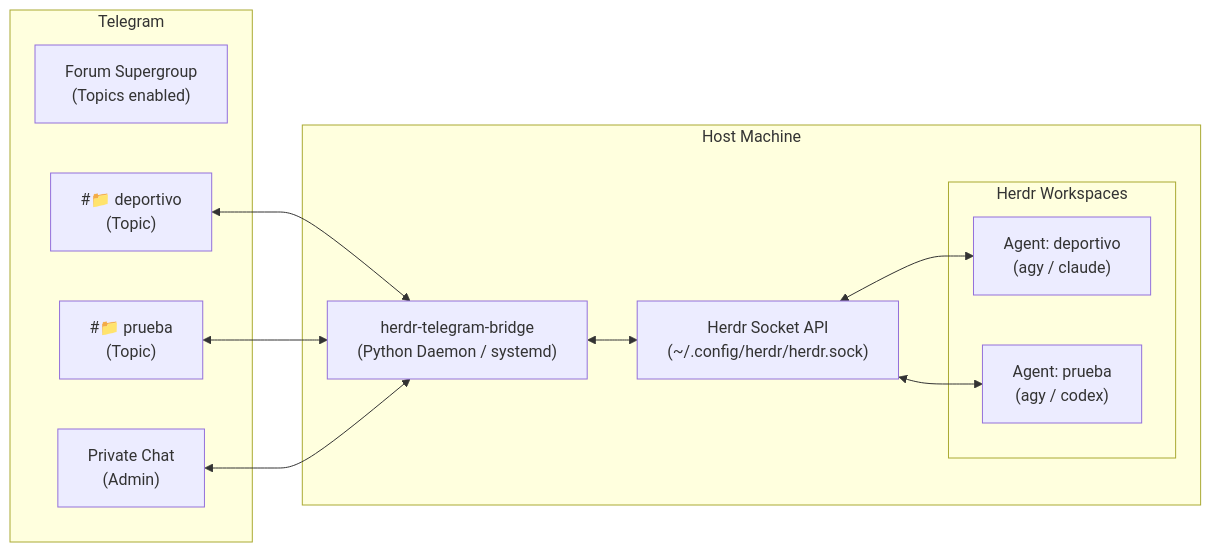
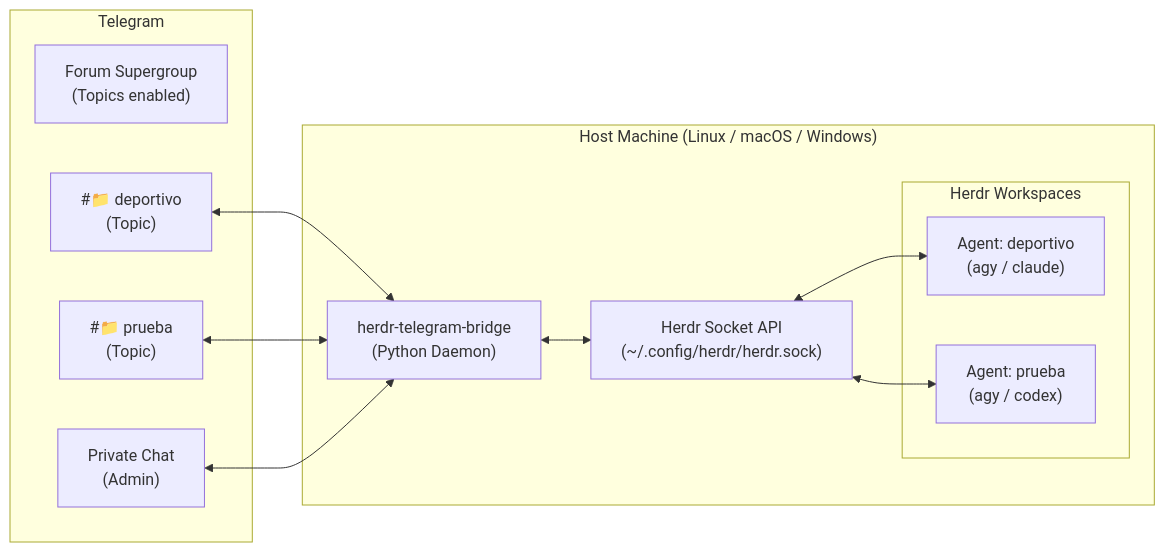
Before and after one commit to smarriagac/herdr_telegram: the diagram in README.md, drawn with Mermaid. The commit also changed other lines of this file and 6 other files, not shown here.

Commit message:
feat: add cross-platform support for macOS launchd and Windows PowerShell

````diff
--- a/README.md
+++ b/README.md
@@ -5,26 +5,26 @@
 ```mermaid
 flowchart LR
     subgraph Telegram["Telegram"]
         Group["Forum Supergroup\n(Topics enabled)"]
         TopicA["#📁 deportivo\n(Topic)"]
         TopicB["#📁 prueba\n(Topic)"]
         Direct["Private Chat\n(Admin)"]
     end
 
-    subgraph Host["Host Machine"]
-        Daemon["herdr-telegram-bridge\n(Python Daemon / systemd)"]
+    subgraph Host["Host Machine (Linux / macOS / Windows)"]
+        Daemon["herdr-telegram-bridge\n(Python Daemon)"]
         Socket["Herdr Socket API\n(~/.config/herdr/herdr.sock)"]
         
         subgraph Agents["Herdr Workspaces"]
             AgentA["Agent: deportivo\n(agy / claude)"]
             AgentB["Agent: prueba\n(agy / codex)"]
         end
     end
 
     TopicA <--> Daemon
     TopicB <--> Daemon
     Direct <--> Daemon
     Daemon <--> Socket
     Socket <--> AgentA
     Socket <--> AgentB
 ```
````
